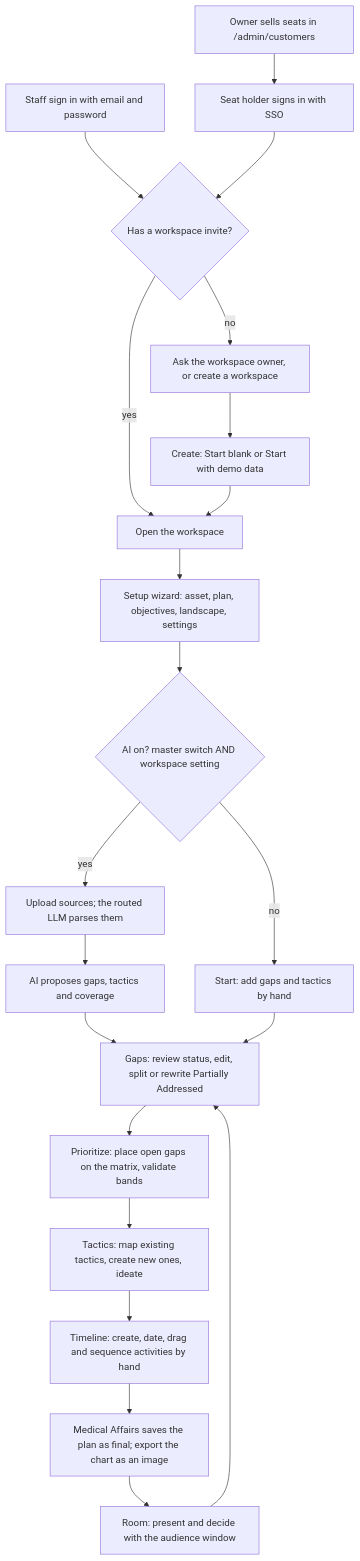
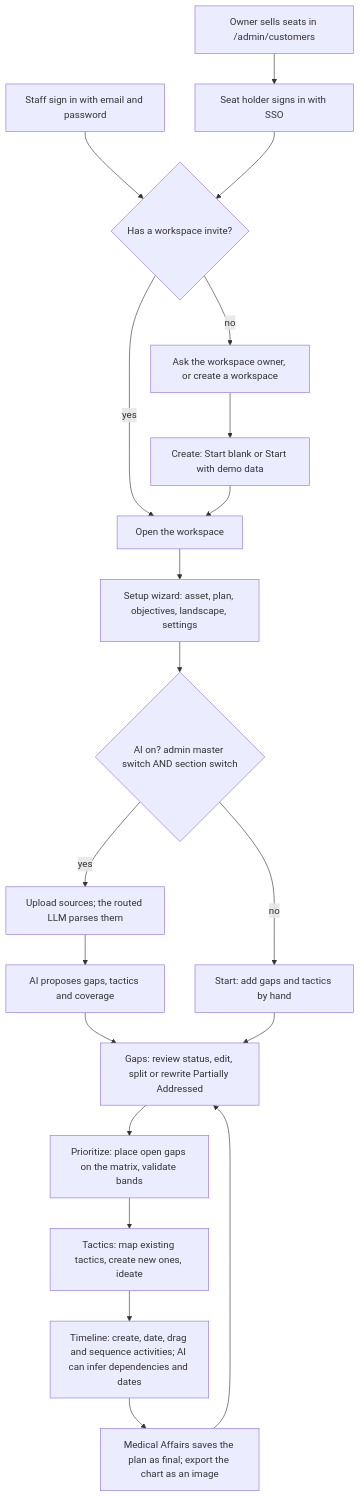
Before and after one commit to Shashb21/synapse: the diagram in docs/sdlc/09-flow-high-level.md, drawn with Mermaid. The commit also changed other lines of this file and 8 other files, not shown here.

First line of the commit message:
Docs: fix stale AI-switch, provider, Room and parser claims

````diff
--- a/docs/sdlc/09-flow-high-level.md
+++ b/docs/sdlc/09-flow-high-level.md
@@ -7,23 +7,22 @@
 ```mermaid
 flowchart TD
   owner["Owner sells seats in /admin/customers"] --> signin["Seat holder signs in with SSO"]
   staff["Staff sign in with email and password"] --> ws
   signin --> ws{"Has a workspace invite?"}
   ws -->|no| ask["Ask the workspace owner, or create a workspace"]
   ws -->|yes| open["Open the workspace"]
   ask --> create["Create: Start blank or Start with demo data"]
   create --> open
   open --> setup["Setup wizard: asset, plan, objectives, landscape, settings"]
-  setup --> ai{"AI on? master switch AND workspace setting"}
+  setup --> ai{"AI on? admin master switch AND section switch"}
   ai -->|yes| upload["Upload sources; the routed LLM parses them"]
   ai -->|no| start["Start: add gaps and tactics by hand"]
   upload --> extract["AI proposes gaps, tactics and coverage"]
   extract --> gaps["Gaps: review status, edit, split or rewrite Partially Addressed"]
   start --> gaps
   gaps --> prioritize["Prioritize: place open gaps on the matrix, validate bands"]
   prioritize --> tactics["Tactics: map existing tactics, create new ones, ideate"]
-  tactics --> timeline["Timeline: create, date, drag and sequence activities by hand"]
+  tactics --> timeline["Timeline: create, date, drag and sequence activities; AI can infer dependencies and dates"]
   timeline --> final["Medical Affairs saves the plan as final; export the chart as an image"]
-  final --> room["Room: present and decide with the audience window"]
-  room --> gaps
+  final --> gaps
 ```
````
